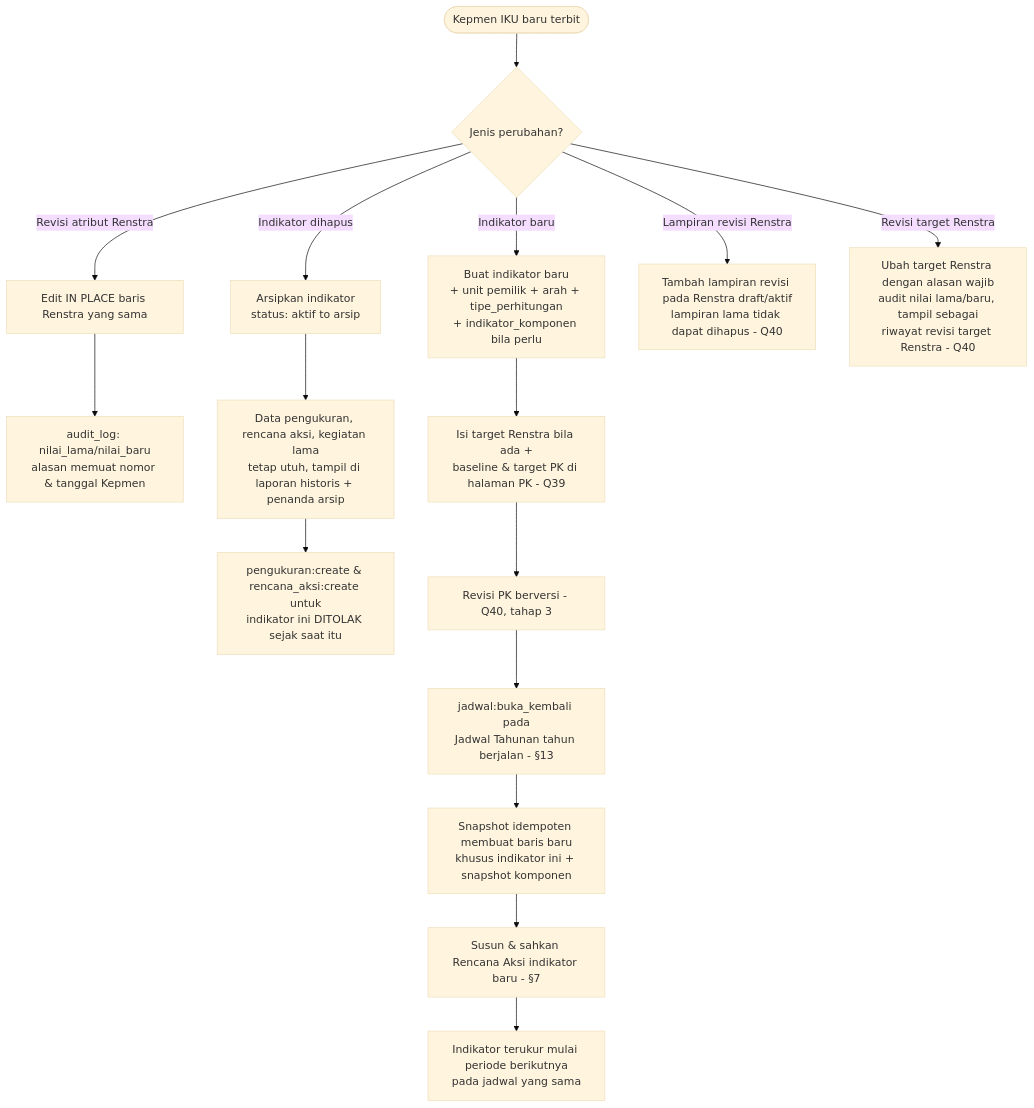
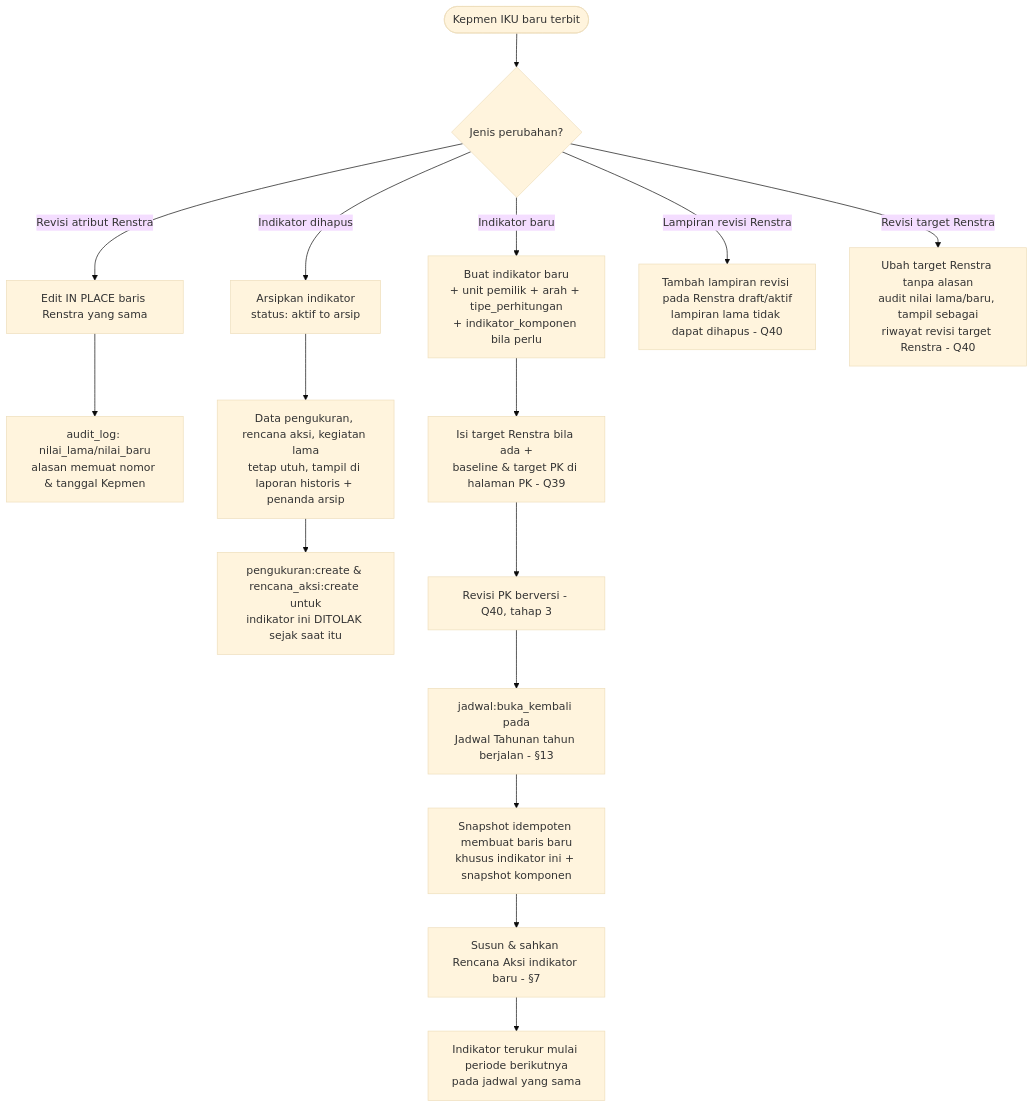
Diagram 14 of 21 in document/SAKIP - Workflow.md (LLDIKTI-XVI-TEAM/SAKIP), drawn with Mermaid (base theme) before and after one commit. The commit also changed other lines of this file and 6 other files, not shown here.

First line of the commit message:
docs: selaraskan dokumen tim dengan target Renstra tanpa alasan

````diff
--- a/document/SAKIP - Workflow.md
+++ b/document/SAKIP - Workflow.md
@@ -1644,21 +1644,21 @@
 ```mermaid
 flowchart TD
     A([Kepmen IKU baru terbit]) --> B{Jenis perubahan?}
     B -- Revisi atribut Renstra --> C[Edit IN PLACE baris Renstra yang sama]
     C --> D[audit_log: nilai_lama/nilai_baru\nalasan memuat nomor & tanggal Kepmen]
 
     B -- Indikator dihapus --> E[Arsipkan indikator\nstatus: aktif to arsip]
     E --> F[Data pengukuran, rencana aksi, kegiatan lama\ntetap utuh, tampil di laporan historis + penanda arsip]
     F --> G[pengukuran:create & rencana_aksi:create untuk\nindikator ini DITOLAK sejak saat itu]
 
     B -- Indikator baru --> H[Buat indikator baru\n+ unit pemilik + arah + tipe_perhitungan\n+ indikator_komponen bila perlu]
     H --> I[Isi target Renstra bila ada +\nbaseline & target PK di halaman PK - Q39]
     I --> J[Revisi PK berversi - Q40, tahap 3]
     J --> K[jadwal:buka_kembali pada\nJadwal Tahunan tahun berjalan - §13]
     K --> L[Snapshot idempoten membuat baris baru\nkhusus indikator ini + snapshot komponen]
     L --> M[Susun & sahkan Rencana Aksi indikator baru - §7]
     M --> N[Indikator terukur mulai periode berikutnya\npada jadwal yang sama]
 
     B -- Lampiran revisi Renstra --> R1[Tambah lampiran revisi pada Renstra draft/aktif\nlampiran lama tidak dapat dihapus - Q40]
-    B -- Revisi target Renstra --> R2[Ubah target Renstra dengan alasan wajib\naudit nilai lama/baru, tampil sebagai\nriwayat revisi target Renstra - Q40]
+    B -- Revisi target Renstra --> R2[Ubah target Renstra tanpa alasan\naudit nilai lama/baru, tampil sebagai\nriwayat revisi target Renstra - Q40]
 ```
````
